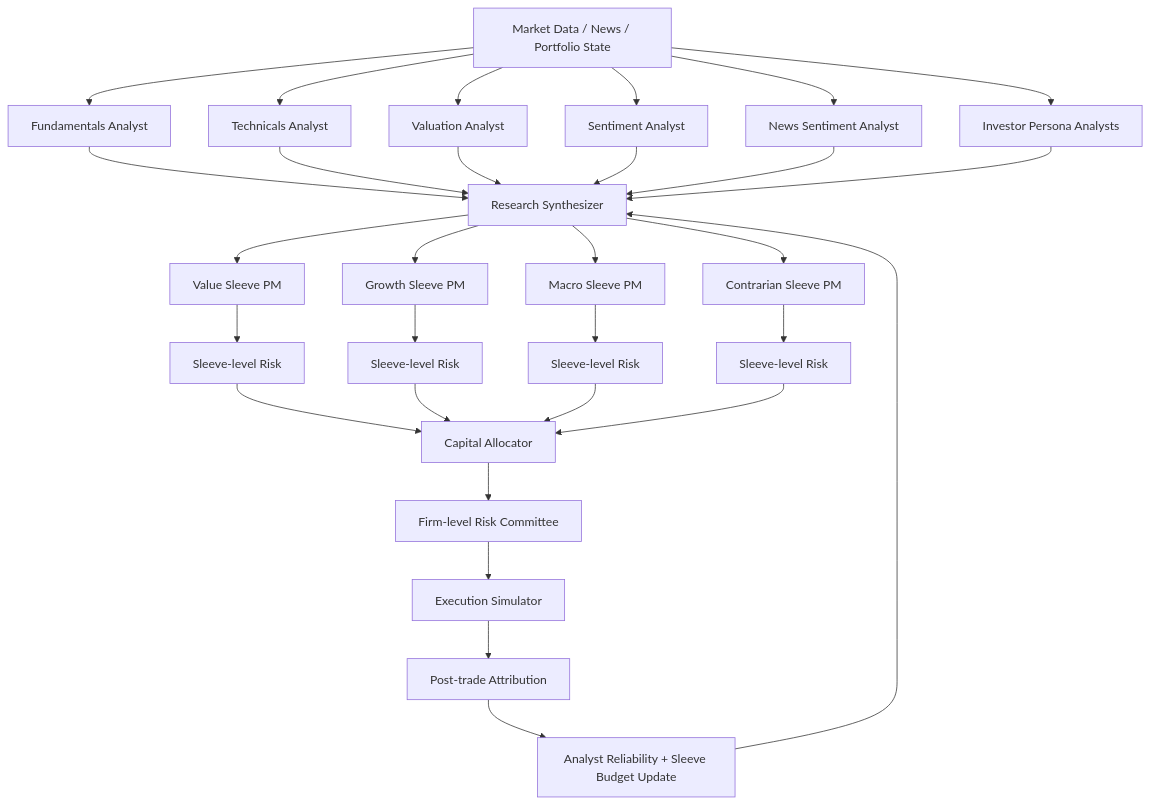
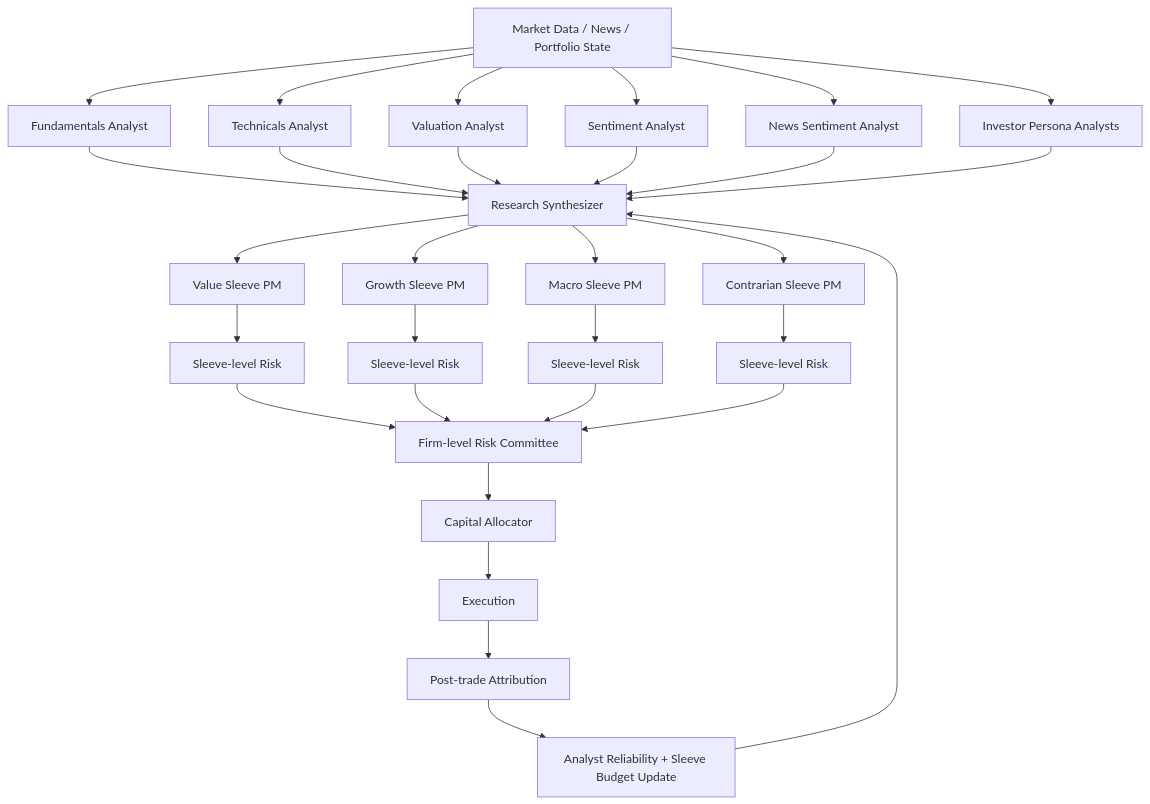
One commit to yzha0/ai-hedge-fund-common changed the diagram in README.md. Above: the diagram before and after it, drawn with Mermaid.

Commit message:
update architect description

````diff
--- a/README.md
+++ b/README.md
@@ -71,39 +71,39 @@
 ```mermaid
 flowchart TD
     A[Market Data / News / Portfolio State]
 
     A --> B1[Fundamentals Analyst]
     A --> B2[Technicals Analyst]
     A --> B3[Valuation Analyst]
     A --> B4[Sentiment Analyst]
     A --> B5[News Sentiment Analyst]
     A --> B6[Investor Persona Analysts]
 
     B1 --> C[Research Synthesizer]
     B2 --> C
     B3 --> C
     B4 --> C
     B5 --> C
     B6 --> C
 
     C --> D1[Value Sleeve PM]
     C --> D2[Growth Sleeve PM]
     C --> D3[Macro Sleeve PM]
     C --> D4[Contrarian Sleeve PM]
 
     D1 --> E1[Sleeve-level Risk]
     D2 --> E2[Sleeve-level Risk]
     D3 --> E3[Sleeve-level Risk]
     D4 --> E4[Sleeve-level Risk]
 
-    E1 --> F[Capital Allocator]
+    E1 --> F[Firm-level Risk Committee]
     E2 --> F
     E3 --> F
     E4 --> F
 
-    F --> G[Firm-level Risk Committee]
-    G --> H[Execution Simulator]
+    F --> G[Capital Allocator]
+    G --> H[Execution]
     H --> I[Post-trade Attribution]
     I --> J[Analyst Reliability + Sleeve Budget Update]
     J --> C
 ```
````
